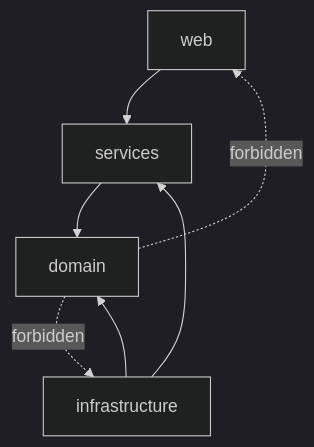
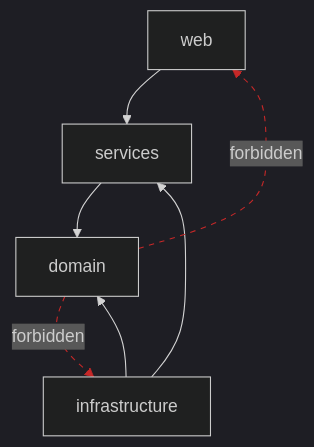
The diagram in src/06-ArchTest/03-architecture-rules/diagrams/01-layered-architecture.mmd (tborzyszkowski/python-test), drawn with Mermaid (dark theme) before and after one commit. The commit also changed 8 other files, not shown here.

Commit message:
feat: Enhance architecture documentation and examples with diagrams and fitness functions

```diff
--- a/src/06-ArchTest/03-architecture-rules/diagrams/01-layered-architecture.mmd
+++ b/src/06-ArchTest/03-architecture-rules/diagrams/01-layered-architecture.mmd
@@ -1,6 +1,7 @@
 flowchart TB
     WEB["web"] --> SERVICES["services"] --> DOMAIN["domain"]
     INFRA["infrastructure"] --> SERVICES
     INFRA --> DOMAIN
     DOMAIN -. "forbidden" .-> WEB
     DOMAIN -. "forbidden" .-> INFRA
+    linkStyle 4,5 stroke:#c62828,stroke-dasharray:5
```
